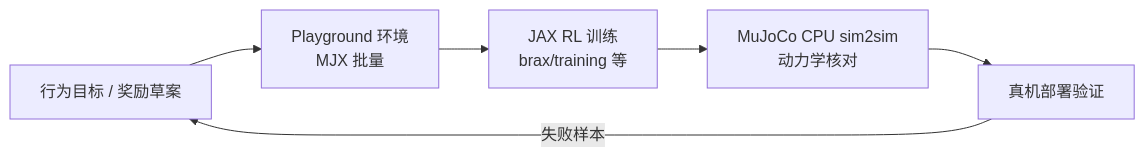
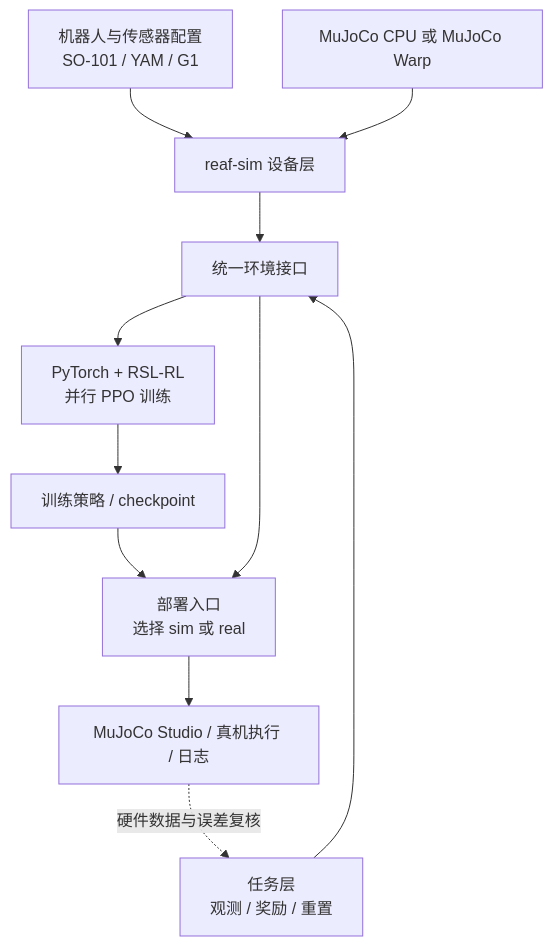
One commit to ImChong/Robotics_Notebooks changed the first of 2 diagrams in wiki/entities/mujoco-playground.md. Above: the diagram before and after it, drawn with Mermaid. The commit also changed other lines of this file, not shown here.

Commit message:
[2026-11-10] ingest | wiki/entities/mujoco-playground.md — 升级 1.0 技术栈并补流程与源码时序图

````diff
--- a/wiki/entities/mujoco-playground.md
+++ b/wiki/entities/mujoco-playground.md
@@ -53,8 +75,13 @@
 ```mermaid
-flowchart LR
-  idea["行为目标 / 奖励草案"] --> env["Playground 环境\nMJX 批量"]
-  env --> train["JAX RL 训练\nbrax/training 等"]
-  train --> sim2sim["MuJoCo CPU sim2sim\n动力学核对"]
-  sim2sim --> real["真机部署验证"]
-  real -->|失败样本| idea
+flowchart TD
+  robot["机器人与传感器配置<br/>SO-101 / YAM / G1"] --> device["reaf-sim 设备层"]
+  physics["MuJoCo CPU 或 MuJoCo Warp"] --> device
+  task["任务层<br/>观测 / 奖励 / 重置"] --> env["统一环境接口"]
+  device --> env
+  env --> train["PyTorch + RSL-RL<br/>并行 PPO 训练"]
+  train --> checkpoint["训练策略 / checkpoint"]
+  checkpoint --> deploy["部署入口<br/>选择 sim 或 real"]
+  env --> deploy
+  deploy --> inspect["MuJoCo Studio / 真机执行 / 日志"]
+  inspect -.->|"硬件数据与误差复核"| task
 ```
````
